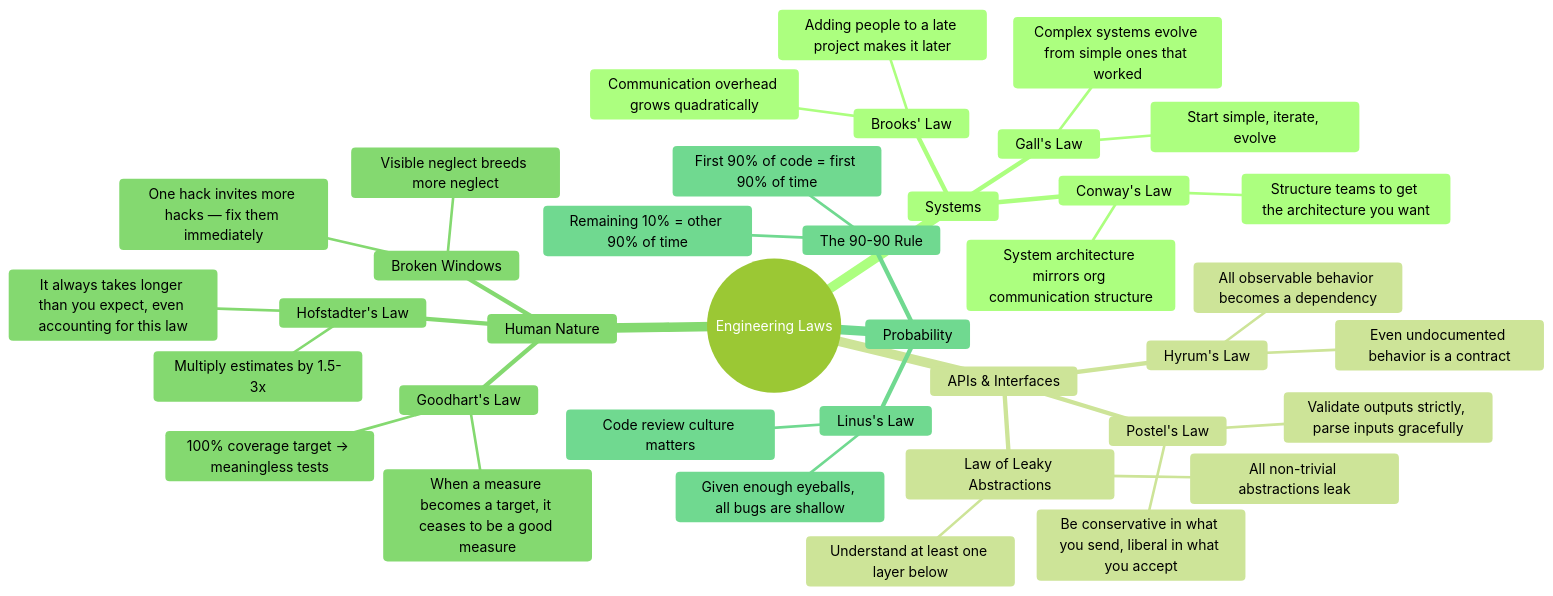
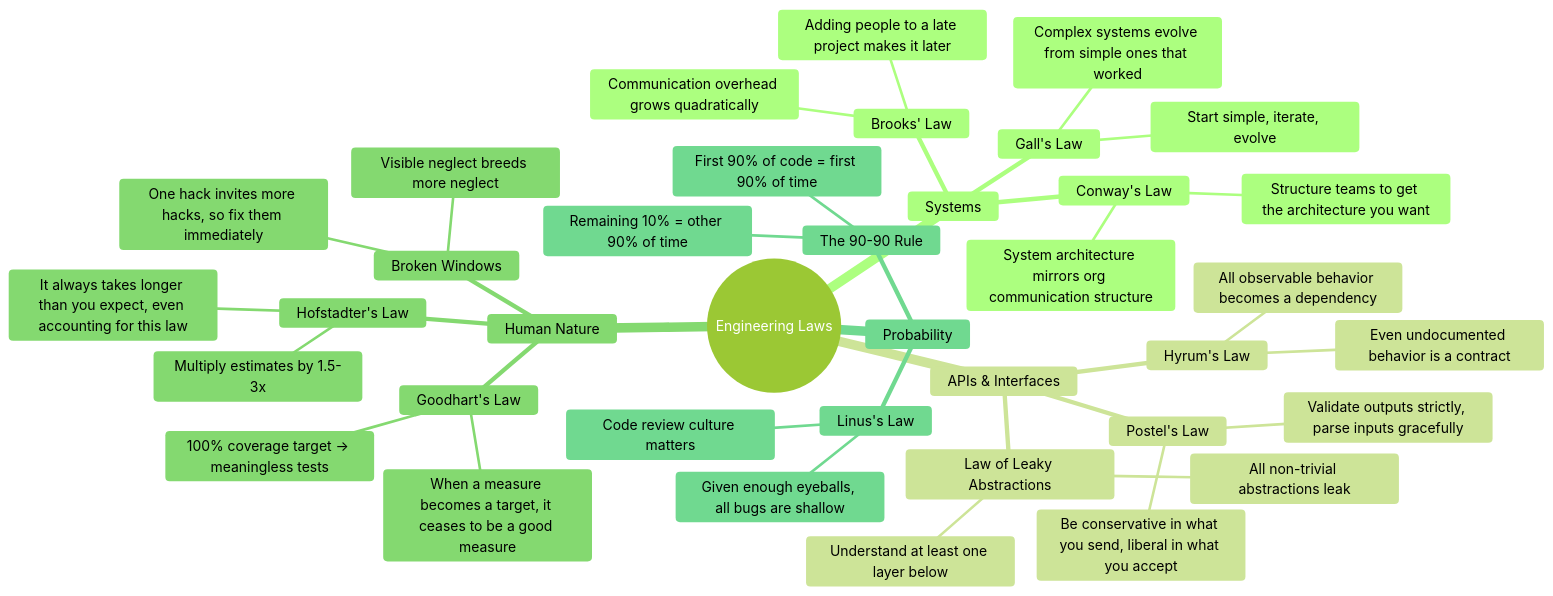
The first of 4 diagrams in engineering/principles.md (Cyvid7-Darus10/peak-self), drawn with Mermaid (forest theme) before and after one commit. The commit also changed other lines of this file and 12 other files, not shown here.

````diff
--- a/engineering/principles.md
+++ b/engineering/principles.md
@@ -30,41 +30,41 @@
 ```mermaid
 mindmap
   root((Engineering Laws))
     Systems
       Gall's Law
         Complex systems evolve from simple ones that worked
         Start simple, iterate, evolve
       Conway's Law
         System architecture mirrors org communication structure
         Structure teams to get the architecture you want
       Brooks' Law
         Adding people to a late project makes it later
         Communication overhead grows quadratically
     APIs & Interfaces
       Hyrum's Law
         All observable behavior becomes a dependency
         Even undocumented behavior is a contract
       Postel's Law
         Be conservative in what you send, liberal in what you accept
         Validate outputs strictly, parse inputs gracefully
       Law of Leaky Abstractions
         All non-trivial abstractions leak
         Understand at least one layer below
     Human Nature
       Goodhart's Law
         When a measure becomes a target, it ceases to be a good measure
         100% coverage target → meaningless tests
       Hofstadter's Law
         It always takes longer than you expect, even accounting for this law
         Multiply estimates by 1.5-3x
       Broken Windows
         Visible neglect breeds more neglect
-        One hack invites more hacks — fix them immediately
+        One hack invites more hacks, so fix them immediately
     Probability
       Linus's Law
         Given enough eyeballs, all bugs are shallow
         Code review culture matters
       The 90-90 Rule
         First 90% of code = first 90% of time
         Remaining 10% = other 90% of time
 ```
````
